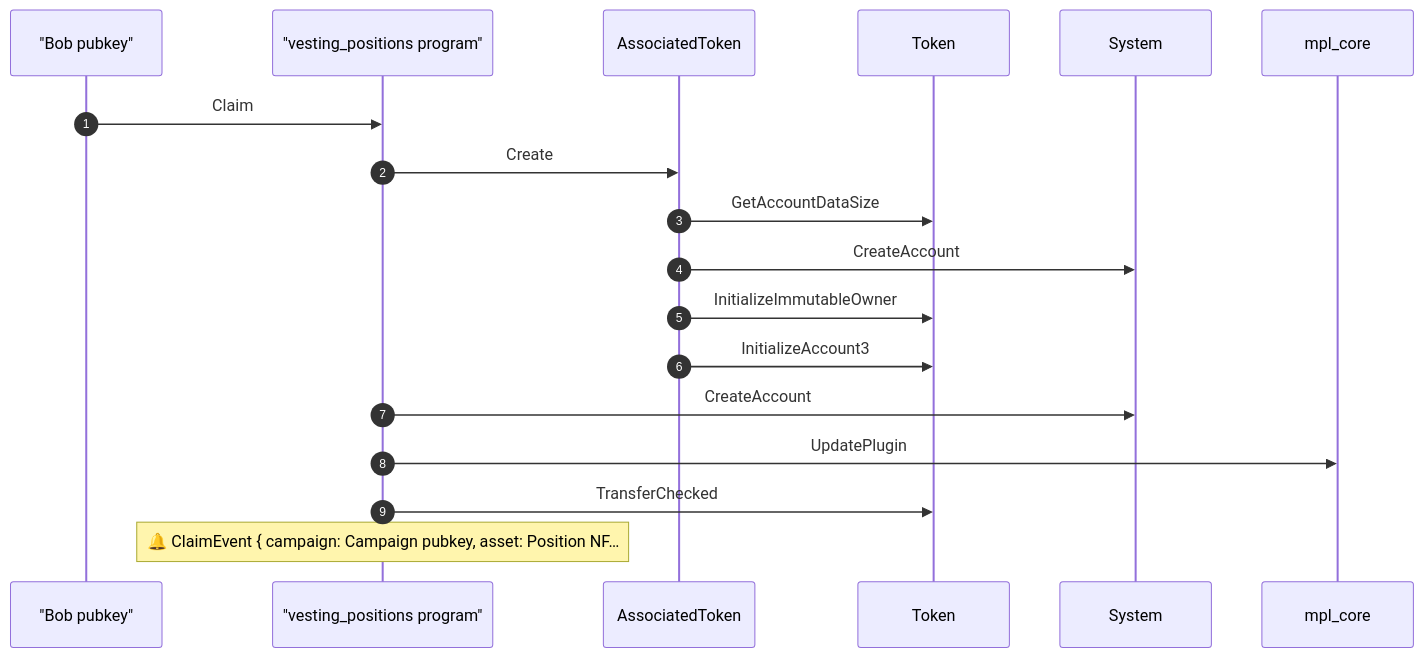
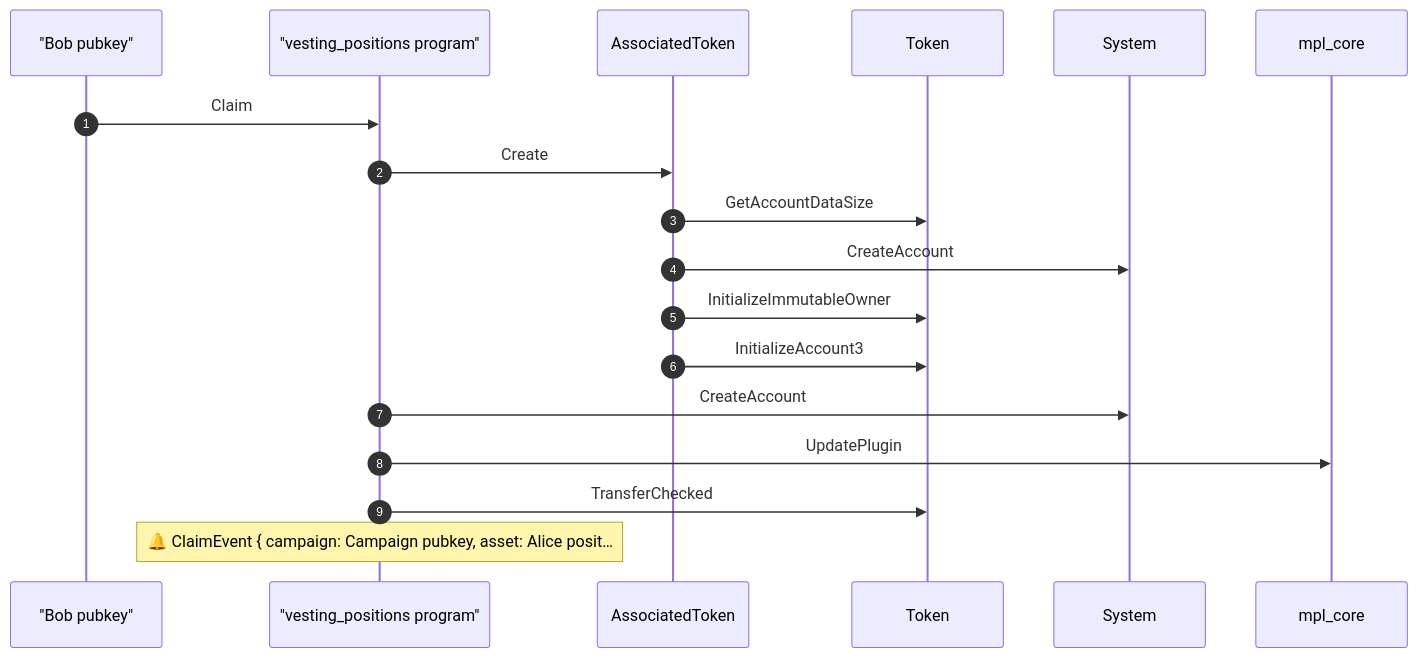
Before and after one commit to Canguilhem/Vesting-position: the sixth of 9 diagrams in md-reports/full-vesting-lifecycle.md, drawn with Mermaid. The commit also changed other lines of this file and 1 other file, not shown here.

````diff
--- a/md-reports/full-vesting-lifecycle.md
+++ b/md-reports/full-vesting-lifecycle.md
@@ -285,20 +546,20 @@
 ```mermaid
 sequenceDiagram
     autonumber
     participant Bob_pubkey as "Bob pubkey"
     participant vesting_positions_program as "vesting_positions program"
     participant AssociatedToken
     participant Token
     participant System
     participant mpl_core
     Bob_pubkey ->> vesting_positions_program: Claim
     vesting_positions_program ->> AssociatedToken: Create
     AssociatedToken ->> Token: GetAccountDataSize
     AssociatedToken ->> System: CreateAccount
     AssociatedToken ->> Token: InitializeImmutableOwner
     AssociatedToken ->> Token: InitializeAccount3
     vesting_positions_program ->> System: CreateAccount
     vesting_positions_program ->> mpl_core: UpdatePlugin
     vesting_positions_program ->> Token: TransferChecked
-    note over vesting_positions_program: 🔔 ClaimEvent { campaign: Campaign pubkey, asset: Position NF…
+    note over vesting_positions_program: 🔔 ClaimEvent { campaign: Campaign pubkey, asset: Alice posit…
 ```
````
